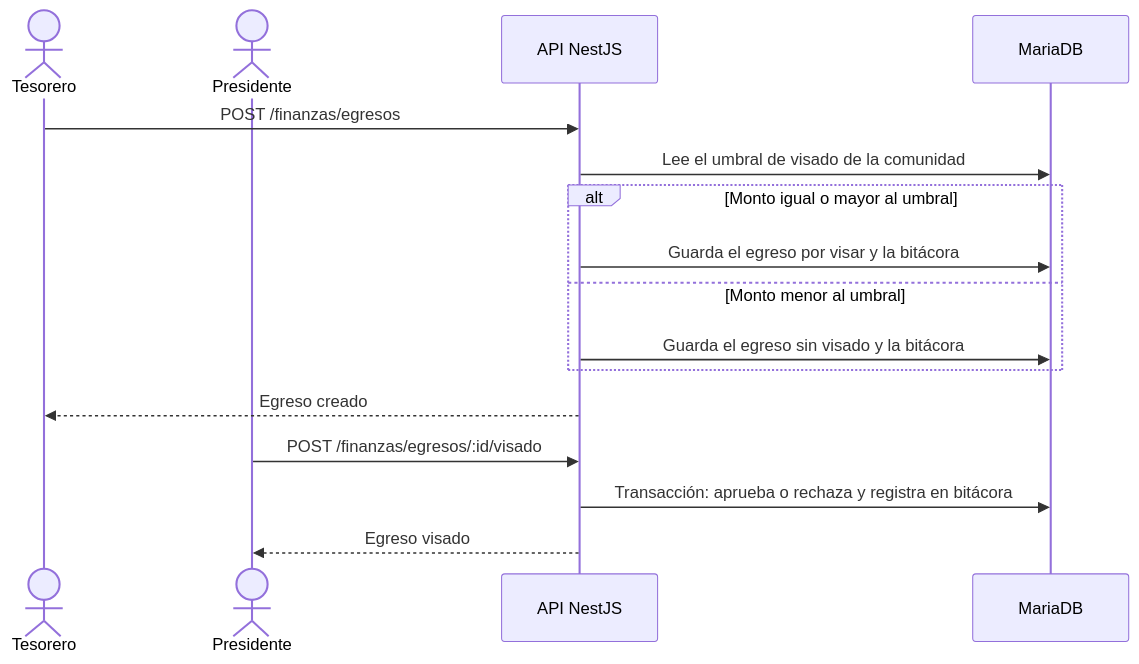
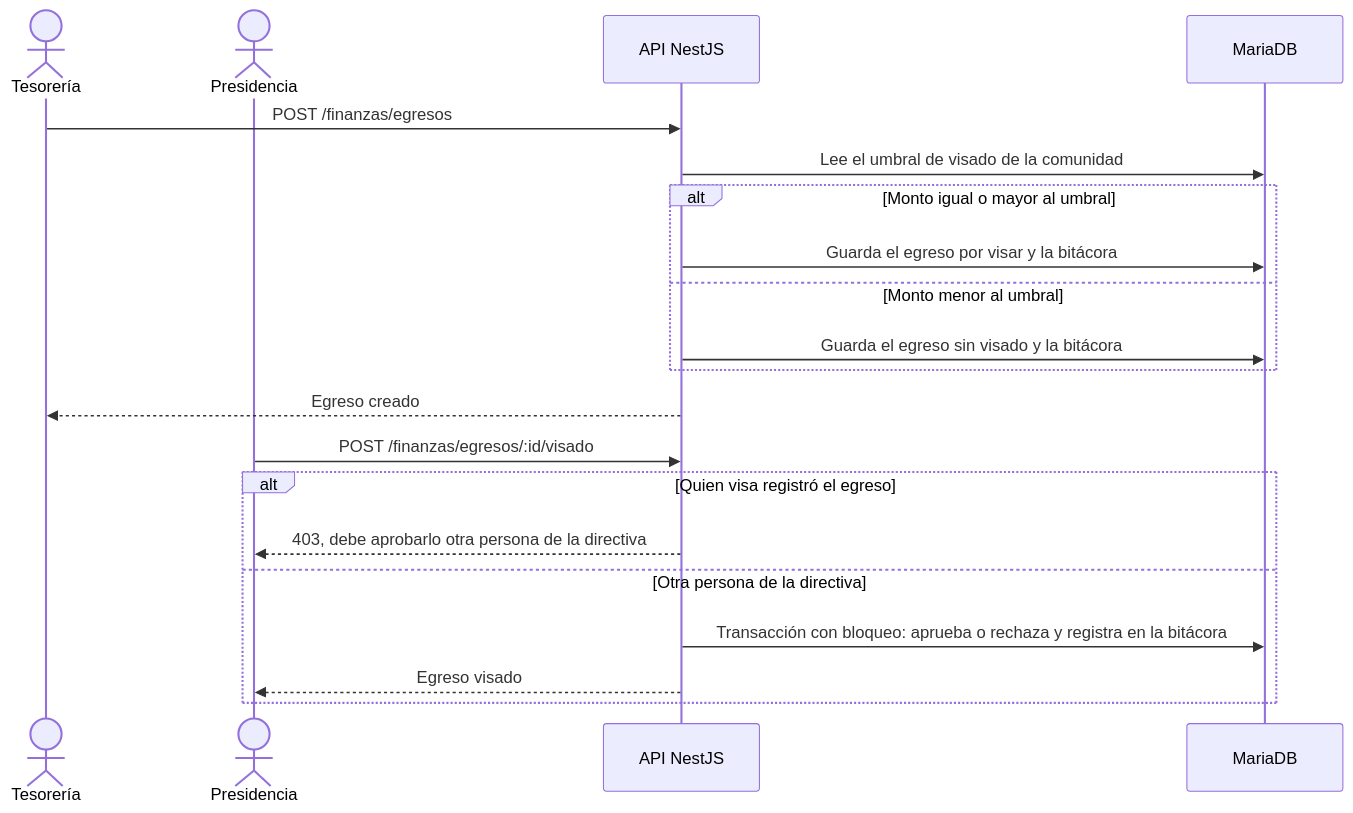
The fifth of 7 diagrams in FASE-2/Evidencias-Proyecto/Documentación/08-diagramas-uml.md (JonasMateosValenzuelaLopez/ProyectoTesis), drawn with Mermaid before and after one commit. The commit also changed other lines of this file and 26 other files, not shown here.

````diff
--- a/FASE-2/Evidencias-Proyecto/Documentación/08-diagramas-uml.md
+++ b/FASE-2/Evidencias-Proyecto/Documentación/08-diagramas-uml.md
@@ -111,18 +272,22 @@
 ```mermaid
 sequenceDiagram
-    actor T as Tesorero
-    actor P as Presidente
+    actor T as Tesorería
+    actor P as Presidencia
     participant API as API NestJS
     participant B as MariaDB
     T->>API: POST /finanzas/egresos
     API->>B: Lee el umbral de visado de la comunidad
     alt Monto igual o mayor al umbral
         API->>B: Guarda el egreso por visar y la bitácora
     else Monto menor al umbral
         API->>B: Guarda el egreso sin visado y la bitácora
     end
     API-->>T: Egreso creado
     P->>API: POST /finanzas/egresos/:id/visado
-    API->>B: Transacción: aprueba o rechaza y registra en bitácora
-    API-->>P: Egreso visado
+    alt Quien visa registró el egreso
+        API-->>P: 403, debe aprobarlo otra persona de la directiva
+    else Otra persona de la directiva
+        API->>B: Transacción con bloqueo: aprueba o rechaza y registra en la bitácora
+        API-->>P: Egreso visado
+    end
 ```
````
